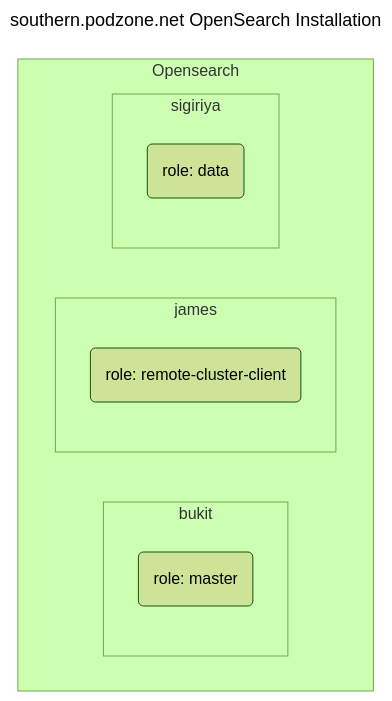
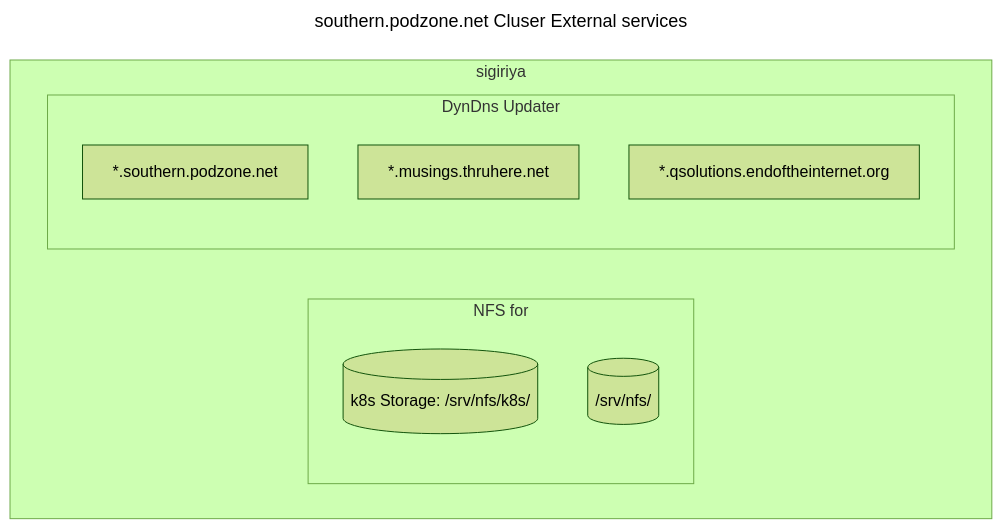
Before and after one commit to MoTTTT/QApps: the fifth of 5 diagrams in README.md, drawn with Mermaid (forest theme). The commit also changed other lines of this file and 5 other files, not shown here.

````diff
--- a/README.md
+++ b/README.md
@@ -299,20 +301,17 @@
 ```mermaid
 ---
-title: southern.podzone.net OpenSearch Installation
+title: southern.podzone.net Cluser External services
 ---
 graph TD
-
-subgraph Opensearch
-  subgraph bukit
-    master(role: master)
+subgraph  sigiriya
+  subgraph NFS for 
+    nfs-service1[(k8s Storage: /srv/nfs/k8s/)]
+    nfs-service[(/srv/nfs/)]
   end
-  subgraph james
-    client(role: remote-cluster-client)
-  end
-  subgraph sigiriya
-    data(role: data)
+  subgraph DynDns Updater
+    *.southern.podzone.net
+    *.musings.thruhere.net
+    *.qsolutions.endoftheinternet.org
   end
 end
-
-
 ```
````
